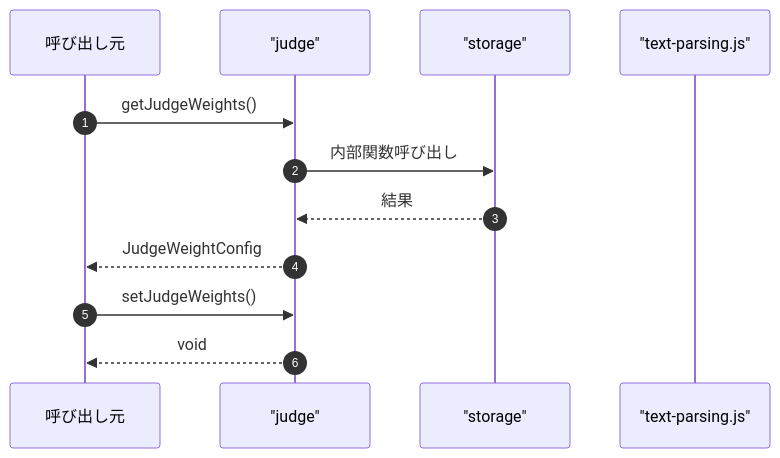
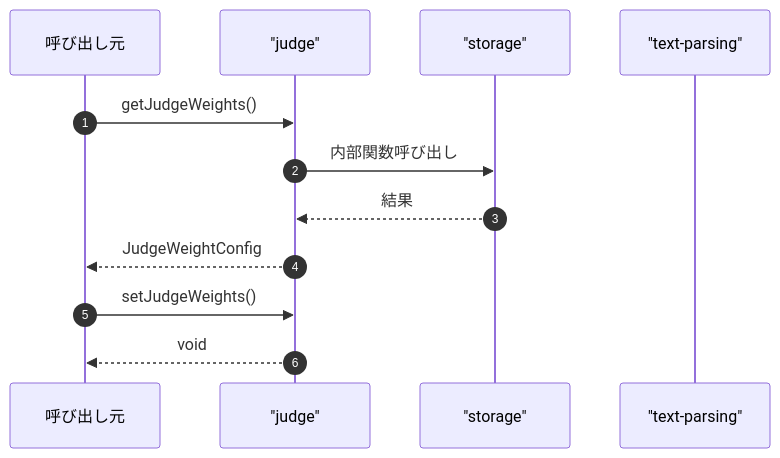
One commit to Mekann2904/mekann changed the fourth of 4 diagrams in ABDD/.pi/extensions/agent-teams/judge.md. Above: the diagram before and after it, drawn with Mermaid. The commit also changed other lines of this file and 174 other files, not shown here.

First line of the commit message:
fix(docs): ABDDのMermaid図生成エラーを修正する

````diff
--- a/ABDD/.pi/extensions/agent-teams/judge.md
+++ b/ABDD/.pi/extensions/agent-teams/judge.md
@@ -105,16 +105,16 @@
 ```mermaid
 sequenceDiagram
   autonumber
   participant Caller as 呼び出し元
   participant judge as "judge"
   participant storage as "storage"
-  participant text_parsing_js as "text-parsing.js"
+  participant text_parsing as "text-parsing"
 
   Caller->>judge: getJudgeWeights()
   judge->>storage: 内部関数呼び出し
   storage-->>judge: 結果
   judge-->>Caller: JudgeWeightConfig
 
   Caller->>judge: setJudgeWeights()
   judge-->>Caller: void
 ```
````
